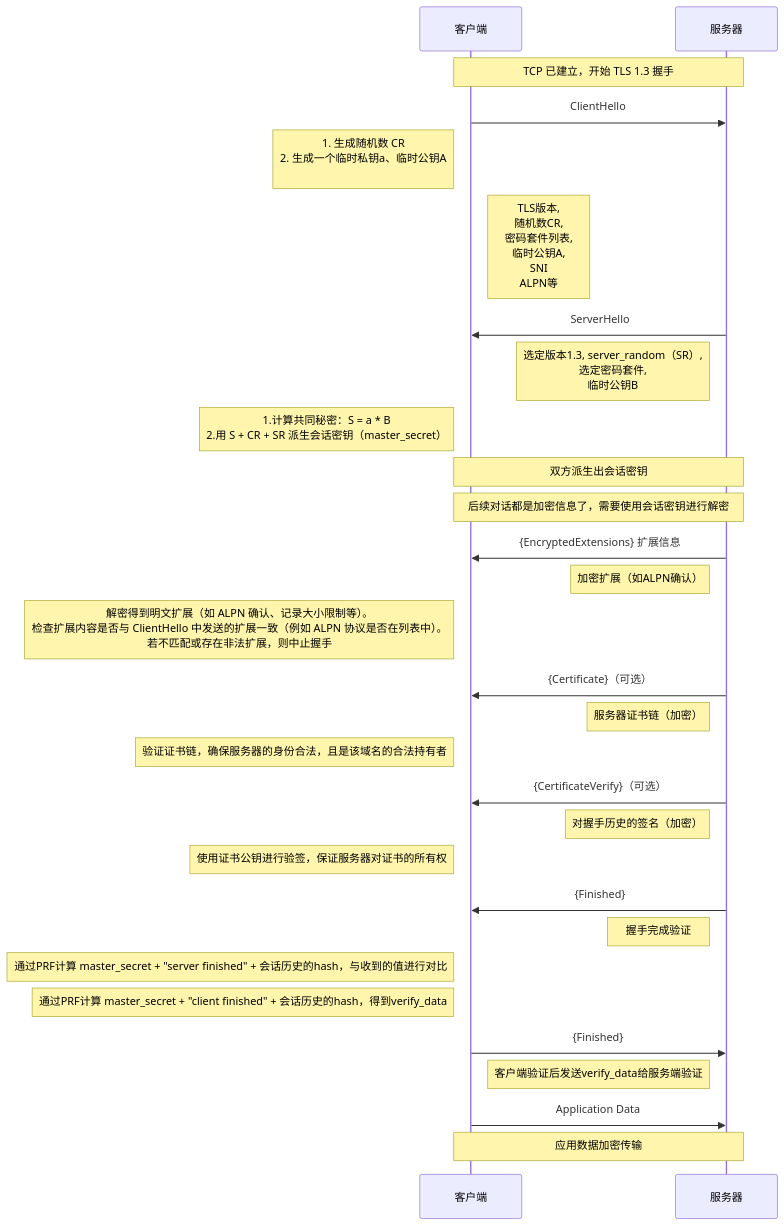
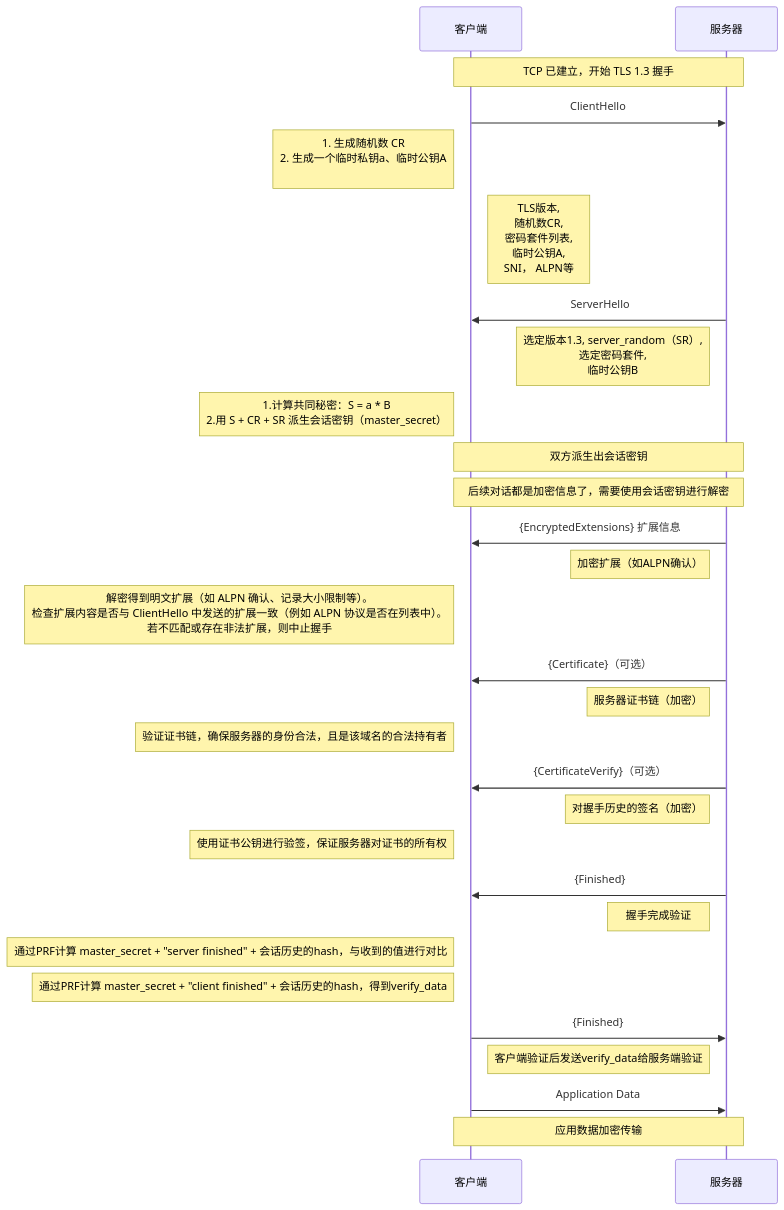
One commit to HY-10-8/iodraw-files changed the diagram in all/TLS-1.3-通用.md. Above: the diagram before and after it, drawn with Mermaid.

Commit message:
2026-03-31 09:30:18 update

````diff
--- a/all/TLS-1.3-通用.md
+++ b/all/TLS-1.3-通用.md
@@ -1,41 +1,41 @@
 ```mermaid
 sequenceDiagram
     participant C as 客户端
     participant S as 服务器
 
     Note over C,S: TCP 已建立，开始 TLS 1.3 握手
 
     C->>S: ClientHello
     Note left of C: 1. 生成随机数 CR<br/> 2. 生成一个临时私钥a、临时公钥A<br/>
-    Note right of C: TLS版本,<br/> 随机数CR,<br/> 密码套件列表,<br/> 临时公钥A,<br/> SNI<br/> ALPN等
+    Note right of C: TLS版本,<br/> 随机数CR,<br/> 密码套件列表,<br/> 临时公钥A,<br/> SNI， ALPN等
 
     S->>C: ServerHello
     Note left of S: 选定版本1.3, server_random（SR）,<br/> 选定密码套件, <br/>临时公钥B
     Note left of C: 1.计算共同秘密：S = a * B<br/> 2.用 S + CR + SR 派生会话密钥（master_secret）
 
     Note over C,S: 双方派生出会话密钥
     Note over C,S: 后续对话都是加密信息了，需要使用会话密钥进行解密
 
     S->>C: {EncryptedExtensions} 扩展信息
     Note left of S: 加密扩展（如ALPN确认）
     Note left of C: 解密得到明文扩展（如 ALPN 确认、记录大小限制等）。<br/>检查扩展内容是否与 ClientHello 中发送的扩展一致（例如 ALPN 协议是否在列表中）。<br/> 若不匹配或存在非法扩展，则中止握手
 
     S->>C: {Certificate}（可选）
     Note left of S: 服务器证书链（加密）
     Note left of C: 验证证书链，确保服务器的身份合法，且是该域名的合法持有者
 
     S->>C: {CertificateVerify}（可选）
     Note left of S: 对握手历史的签名（加密）
     Note left of C: 使用证书公钥进行验签，保证服务器对证书的所有权
 
     S->>C: {Finished}
     Note left of S: 握手完成验证
     Note left of C: 通过PRF计算 master_secret + "server finished" + 会话历史的hash，与收到的值进行对比
     Note left of C: 通过PRF计算 master_secret + "client finished" + 会话历史的hash，得到verify_data
 
     C->>S: {Finished}
     Note right of C: 客户端验证后发送verify_data给服务端验证
 
     C->>S: Application Data
     Note over C,S: 应用数据加密传输
 ```
````
